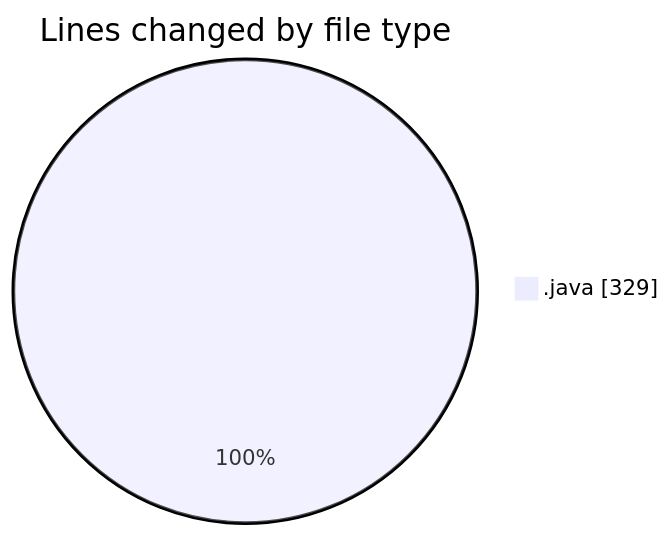
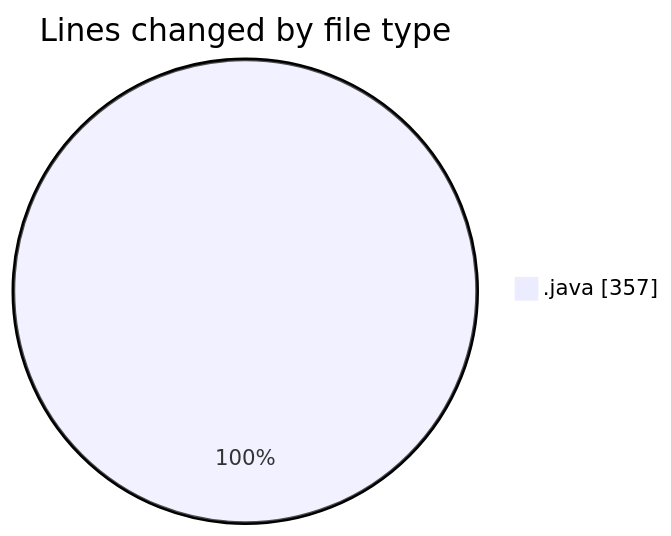
The first of 2 diagrams in 2026-05-22/cilapp/README.md (ricardozamudiocil/code-tracking), drawn with Mermaid before and after one commit. The commit also changed other lines of this file and 1 other file, not shown here.

````diff
--- a/2026-05-22/cilapp/README.md
+++ b/2026-05-22/cilapp/README.md
@@ -20,5 +21,5 @@
 ```mermaid
 pie showData
 title Lines changed by file type
-".java" : 329
+".java" : 357
 ```
````
